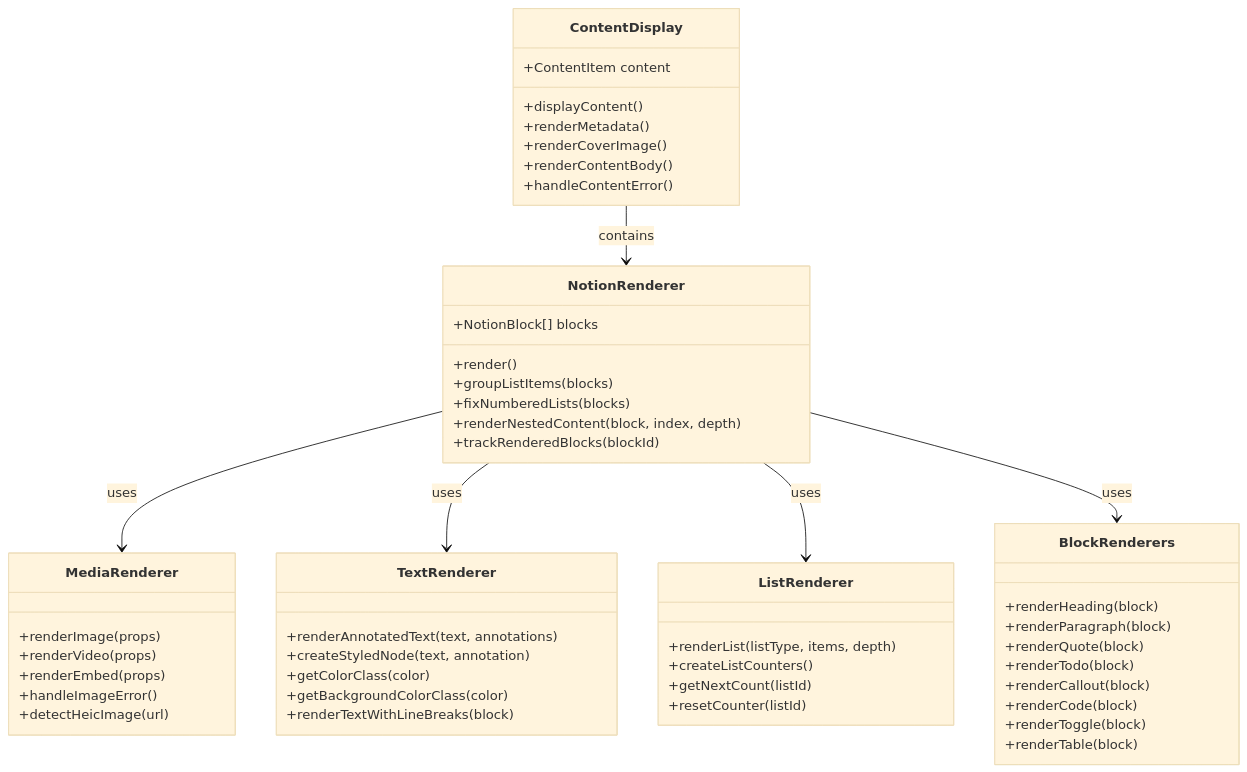
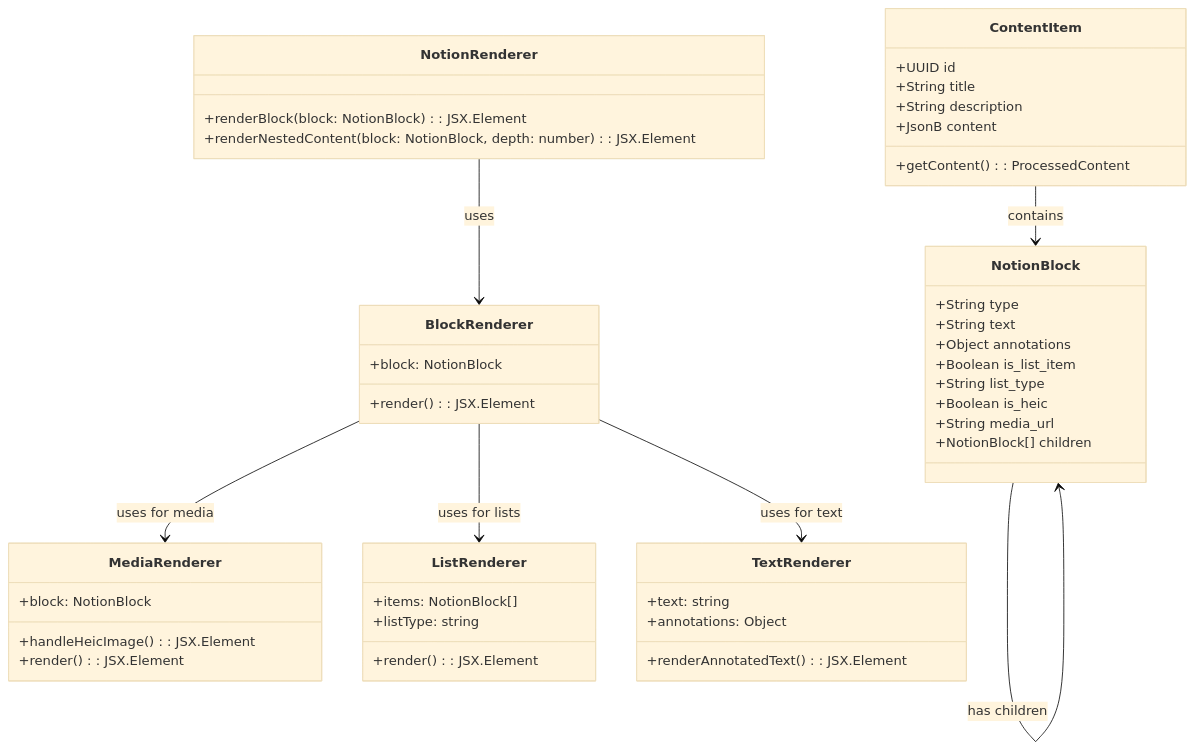
Before and after one commit to quinticechen/vista: the fifth of 5 diagrams in docs/CLASS_DIAGRAMS.md, drawn with Mermaid (base theme). The commit also changed other lines of this file, not shown here.

First line of the commit message:
Fix: Redraw sequence diagrams

````diff
--- a/docs/CLASS_DIAGRAMS.md
+++ b/docs/CLASS_DIAGRAMS.md
@@ -221,60 +360,56 @@
 ```mermaid
 classDiagram
+    class ContentItem {
+        +UUID id
+        +String title
+        +String description
+        +JsonB content
+        +getContent(): ProcessedContent
+    }
+
+    class NotionBlock {
+        +String type
+        +String text
+        +Object annotations
+        +Boolean is_list_item
+        +String list_type
+        +Boolean is_heic
+        +String media_url
+        +NotionBlock[] children
+    }
+
     class NotionRenderer {
-        +NotionBlock[] blocks
-        +render()
-        +groupListItems(blocks)
-        +fixNumberedLists(blocks)
-        +renderNestedContent(block, index, depth)
-        +trackRenderedBlocks(blockId)
+        +renderBlock(block: NotionBlock): JSX.Element
+        +renderNestedContent(block: NotionBlock, depth: number): JSX.Element
+    }
+
+    class BlockRenderer {
+        +block: NotionBlock
+        +render(): JSX.Element
     }
 
     class MediaRenderer {
-        +renderImage(props)
-        +renderVideo(props)
-        +renderEmbed(props)
-        +handleImageError()
-        +detectHeicImage(url)
+        +block: NotionBlock
+        +handleHeicImage(): JSX.Element
+        +render(): JSX.Element
+    }
+
+    class ListRenderer {
+        +items: NotionBlock[]
+        +listType: string
+        +render(): JSX.Element
     }
 
     class TextRenderer {
-        +renderAnnotatedText(text, annotations)
-        +createStyledNode(text, annotation)
-        +getColorClass(color)
-        +getBackgroundColorClass(color)
-        +renderTextWithLineBreaks(block)
+        +text: string
+        +annotations: Object
+        +renderAnnotatedText(): JSX.Element
     }
 
-    class ListRenderer {
-        +renderList(listType, items, depth)
-        +createListCounters()
-        +getNextCount(listId)
-        +resetCounter(listId)
-    }
-
-    class BlockRenderers {
-        +renderHeading(block)
-        +renderParagraph(block)
-        +renderQuote(block)
-        +renderTodo(block)
-        +renderCallout(block)
-        +renderCode(block)
-        +renderToggle(block)
-        +renderTable(block)
-    }
-
-    class ContentDisplay {
-        +ContentItem content
-        +displayContent()
-        +renderMetadata()
-        +renderCoverImage()
-        +renderContentBody()
-        +handleContentError()
-    }
-
-    NotionRenderer --> MediaRenderer : uses
-    NotionRenderer --> TextRenderer : uses
-    NotionRenderer --> ListRenderer : uses
-    NotionRenderer --> BlockRenderers : uses
-    ContentDisplay --> NotionRenderer : contains
+    ContentItem --> NotionBlock: contains
+    NotionRenderer --> BlockRenderer: uses
+    BlockRenderer --> MediaRenderer: uses for media
+    BlockRenderer --> ListRenderer: uses for lists
+    BlockRenderer --> TextRenderer: uses for text
+    NotionBlock --> NotionBlock: has children
 ```
````
